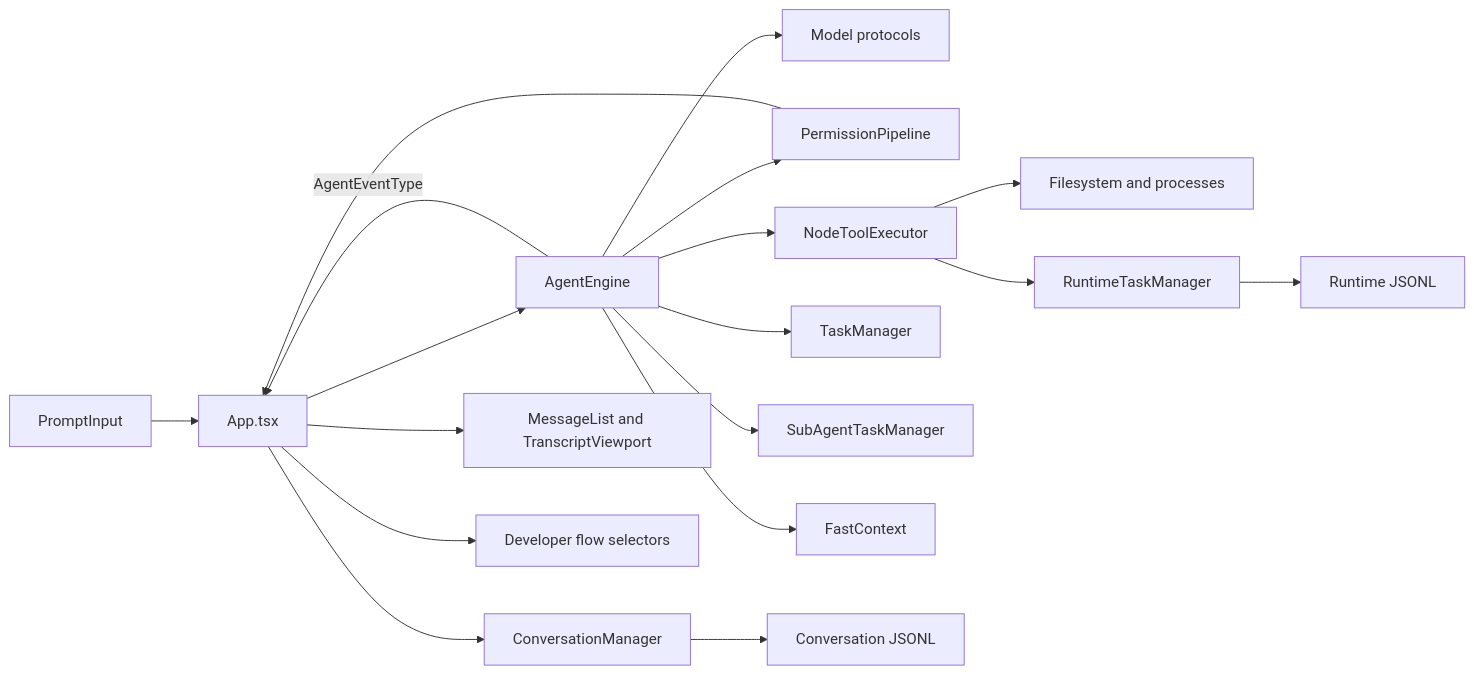
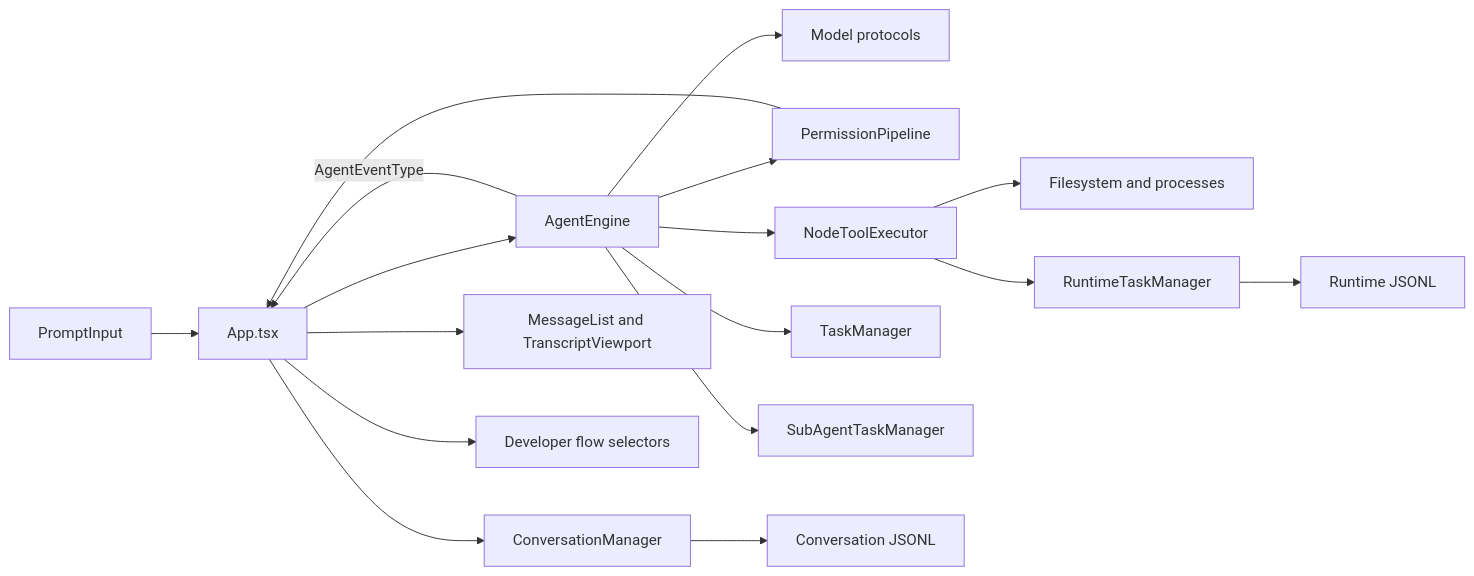
Before and after one commit to MengShengbo/TurboFlux: the fourth of 8 diagrams in docs/developer-flow-engineering-blueprint.md, drawn with Mermaid. The commit also changed other lines of this file and 72 other files, not shown here.

Commit message:
refactor: remove FastContext

````diff
--- a/docs/developer-flow-engineering-blueprint.md
+++ b/docs/developer-flow-engineering-blueprint.md
@@ -323,20 +323,19 @@
 ```mermaid
 flowchart LR
     P[PromptInput] --> APP[App.tsx]
     APP --> E[AgentEngine]
     E --> M[Model protocols]
     E --> PP[PermissionPipeline]
     PP --> APP
     E --> EX[NodeToolExecutor]
     EX --> FS[Filesystem and processes]
     EX --> RTM[RuntimeTaskManager]
     E --> TM[TaskManager]
     E --> SA[SubAgentTaskManager]
-    E --> FC[FastContext]
     E -- AgentEventType --> APP
     APP --> CM[ConversationManager]
     CM --> J[Conversation JSONL]
     RTM --> RJ[Runtime JSONL]
     APP --> ML[MessageList and TranscriptViewport]
     APP --> DF[Developer flow selectors]
 ```
````
